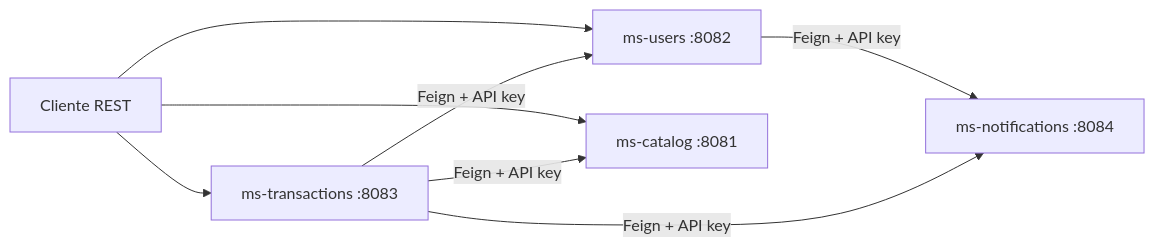
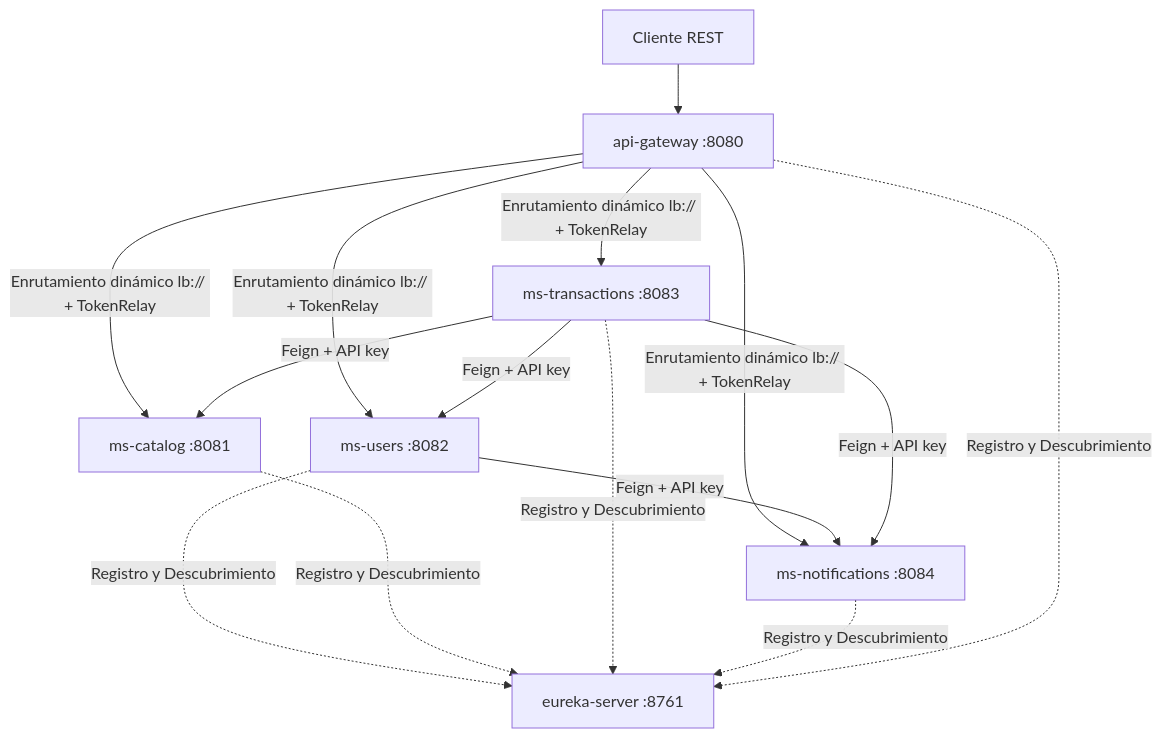
One commit to Sebastianidm/blockbuster-microservices changed the diagram in README.md. Above: the diagram before and after it, drawn with Mermaid. The commit also changed other lines of this file and 1 other file, not shown here.

Commit message:
docs: actualizar readmes con detalles de los hitos (api-gateway, eureka y swagger)

````diff
--- a/README.md
+++ b/README.md
@@ -30,11 +30,19 @@
 ```mermaid
-flowchart LR
-    Client["Cliente REST"] --> Users["ms-users :8082"]
-    Client --> Catalog["ms-catalog :8081"]
-    Client --> Transactions["ms-transactions :8083"]
+flowchart TD
+    Client["Cliente REST"] --> Gateway["api-gateway :8080"]
+    Gateway -->|Enrutamiento dinámico lb:// + TokenRelay| Users["ms-users :8082"]
+    Gateway -->|Enrutamiento dinámico lb:// + TokenRelay| Catalog["ms-catalog :8081"]
+    Gateway -->|Enrutamiento dinámico lb:// + TokenRelay| Transactions["ms-transactions :8083"]
+    Gateway -->|Enrutamiento dinámico lb:// + TokenRelay| Notifications["ms-notifications :8084"]
 
-    Users -->|Feign + API key| Notifications["ms-notifications :8084"]
+    Users -.->|Registro y Descubrimiento| Eureka["eureka-server :8761"]
+    Catalog -.->|Registro y Descubrimiento| Eureka
+    Transactions -.->|Registro y Descubrimiento| Eureka
+    Notifications -.->|Registro y Descubrimiento| Eureka
+    Gateway -.->|Registro y Descubrimiento| Eureka
+
+    Users -->|Feign + API key| Notifications
     Transactions -->|Feign + API key| Users
     Transactions -->|Feign + API key| Catalog
     Transactions -->|Feign + API key| Notifications
 ```
````
